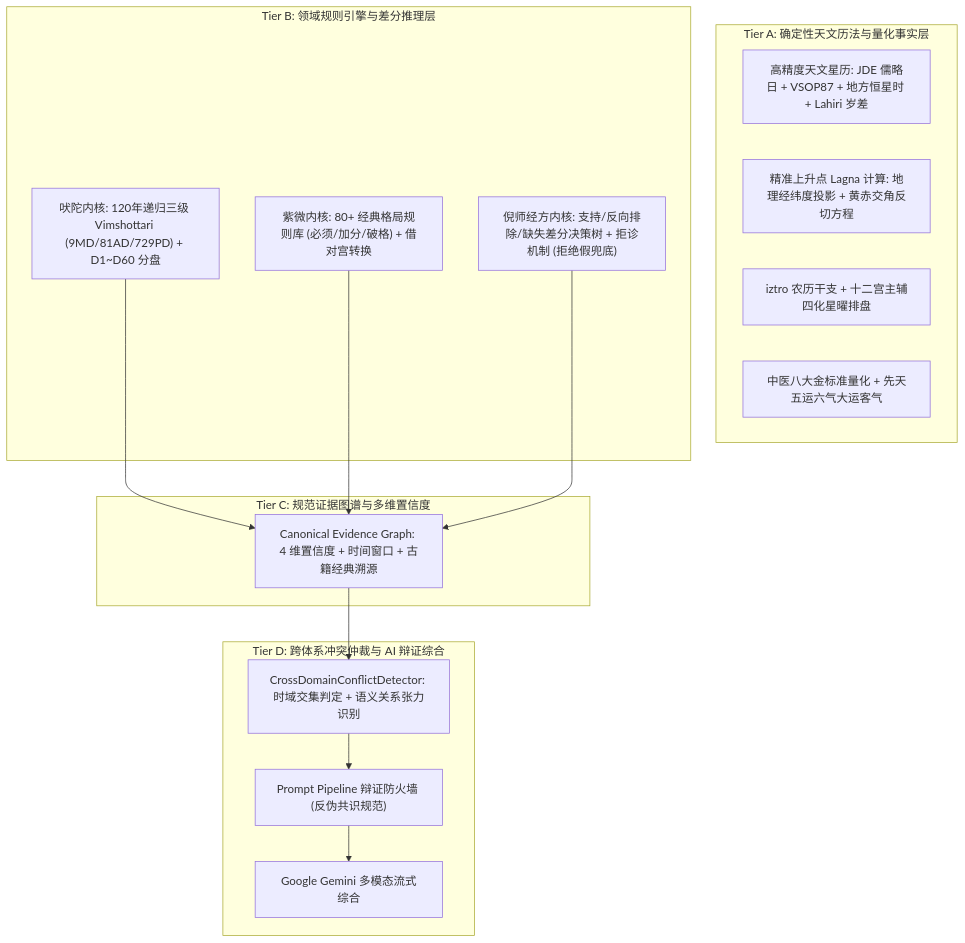
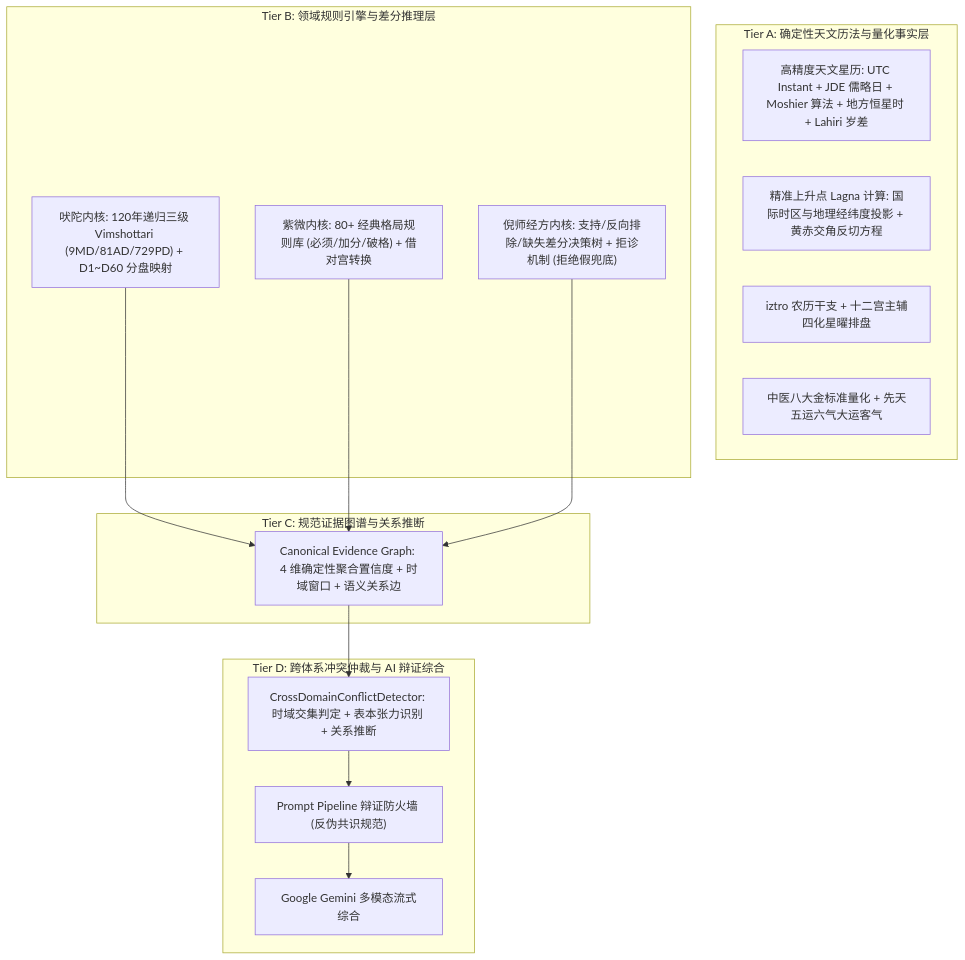
Before and after one commit to MeiSiristhebest/mystic: the diagram in README.md, drawn with Mermaid. The commit also changed other lines of this file and 14 other files, not shown here.

Commit message:
feat(engine): normalize international timezones to UTC instant, implement deterministic confidence aggregation, and infer active evidence relations

````diff
--- a/README.md
+++ b/README.md
@@ -58,29 +72,29 @@
 ```mermaid
 graph TD
     subgraph Layer1 [Tier A: 确定性天文历法与量化事实层]
-        Ephem["高精度天文星历: JDE 儒略日 + VSOP87 + 地方恒星时 + Lahiri 岁差"]
-        Asc["精准上升点 Lagna 计算: 地理经纬度投影 + 黄赤交角反切方程"]
+        Ephem["高精度天文星历: UTC Instant + JDE 儒略日 + Moshier 算法 + 地方恒星时 + Lahiri 岁差"]
+        Asc["精准上升点 Lagna 计算: 国际时区与地理经纬度投影 + 黄赤交角反切方程"]
         Iztro["iztro 农历干支 + 十二宫主辅四化星曜排盘"]
         TcmStd["中医八大金标准量化 + 先天五运六气大运客气"]
     end
 
     subgraph Layer2 [Tier B: 领域规则引擎与差分推理层]
-        V_Engine["吠陀内核: 120年递归三级 Vimshottari (9MD/81AD/729PD) + D1~D60 分盘"]
+        V_Engine["吠陀内核: 120年递归三级 Vimshottari (9MD/81AD/729PD) + D1~D60 分盘映射"]
         Z_Engine["紫微内核: 80+ 经典格局规则库 (必须/加分/破格) + 借对宫转换"]
         T_Engine["倪师经方内核: 支持/反向排除/缺失差分决策树 + 拒诊机制 (拒绝假兜底)"]
     end
 
-    subgraph Layer3 [Tier C: 规范证据图谱与多维置信度]
-        CEG["Canonical Evidence Graph: 4 维置信度 + 时间窗口 + 古籍经典溯源"]
+    subgraph Layer3 [Tier C: 规范证据图谱与关系推断]
+        CEG["Canonical Evidence Graph: 4 维确定性聚合置信度 + 时域窗口 + 语义关系边"]
         V_Engine --> CEG
         Z_Engine --> CEG
         T_Engine --> CEG
     end
 
     subgraph Layer4 [Tier D: 跨体系冲突仲裁与 AI 辩证综合]
-        Arbitrator["CrossDomainConflictDetector: 时域交集判定 + 语义关系张力识别"]
+        Arbitrator["CrossDomainConflictDetector: 时域交集判定 + 表本张力识别 + 关系推断"]
         CEG --> Arbitrator
         Arbitrator --> Firewall["Prompt Pipeline 辩证防火墙 (反伪共识规范)"]
         Firewall --> LLM["Google Gemini 多模态流式综合"]
     end
 ```
````
